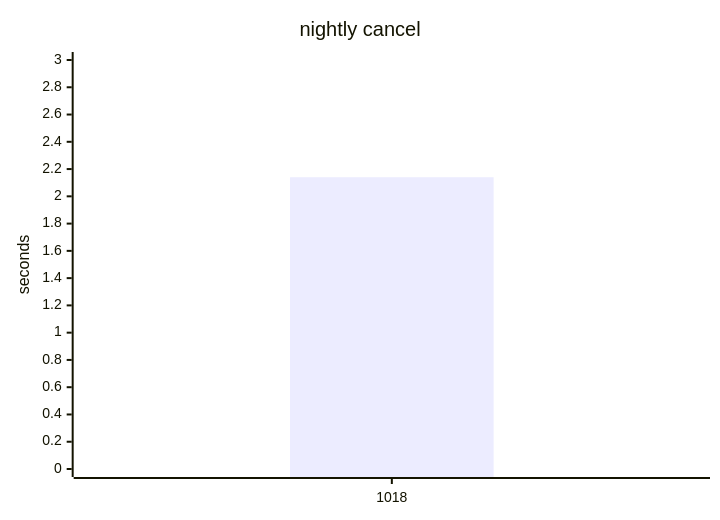
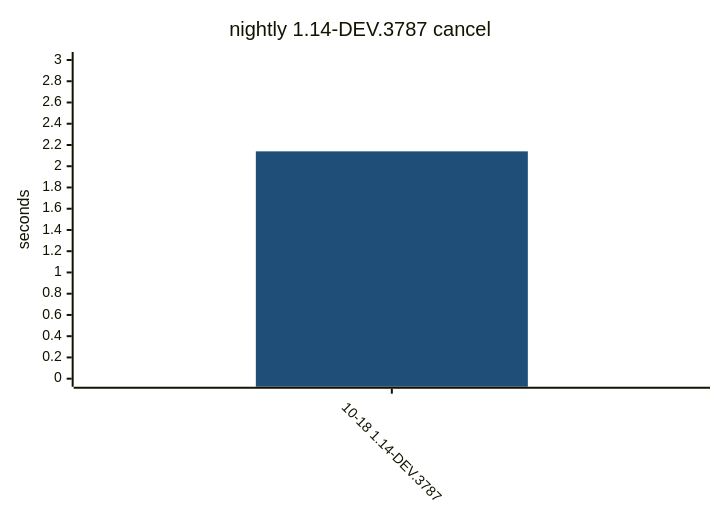
Diagram 15 of 15 in README.md (yamanori99/DistSSHQueue.jl), drawn with Mermaid before and after one commit. The commit also changed other lines of this file and 1 other file, not shown here.

Commit message:
Record compile bench for 1.14-nightly.

````diff
--- a/README.md
+++ b/README.md
@@ -372,7 +512,17 @@
 ```mermaid
+---
+config:
+  theme: base
+  themeVariables:
+    xyChart:
+      plotColorPalette: "#1f4e79"
+  xyChart:
+    xAxis:
+      labelRotation: 45
+---
 xychart-beta
-    title "nightly cancel"
-    x-axis ["1018"]
+    title "nightly 1.14-DEV.3787 cancel"
+    x-axis ["10-18 1.14-DEV.3787"]
     y-axis "seconds" 0 --> 3
     bar [2.14]
 ```
````
